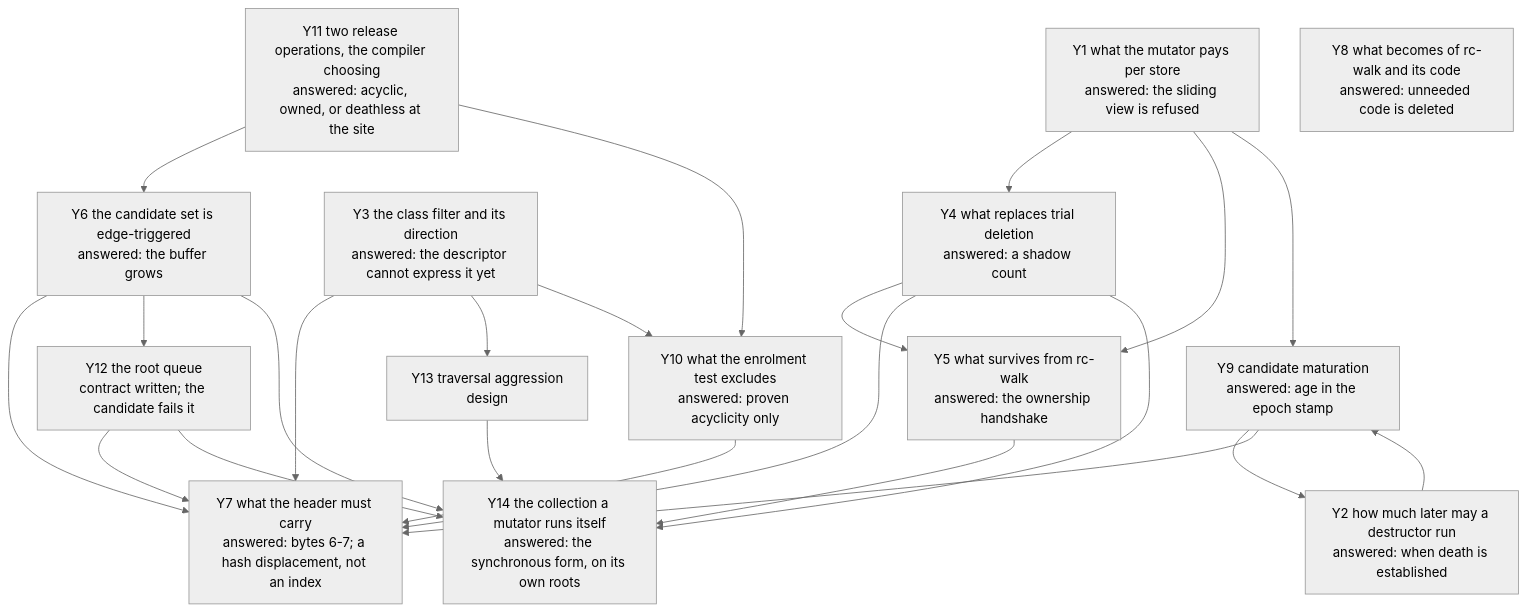
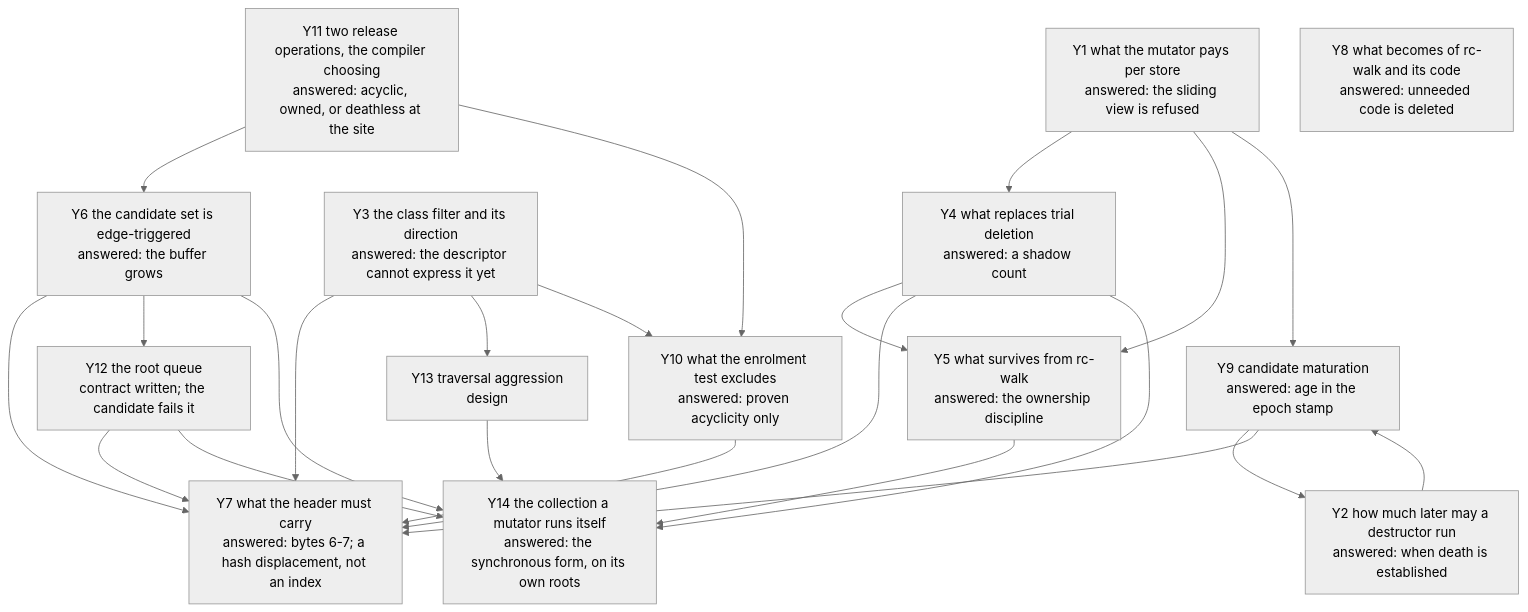
The diagram in model/gc/cycle/questions.md (limelight-lang/rfc), drawn with Mermaid (neutral theme) before and after one commit. The commit also changed other lines of this file and 4 other files, not shown here.

````diff
--- a/model/gc/cycle/questions.md
+++ b/model/gc/cycle/questions.md
@@ -15,21 +15,21 @@
 ```mermaid
 flowchart TD
     Y1[Y1 what the mutator pays per store<br/>answered: the sliding view is refused] --> Y4 & Y5 & Y9
     Y2[Y2 how much later may a destructor run<br/>answered: when death is established] --> Y9
     Y3[Y3 the class filter and its direction<br/>answered: the descriptor cannot express it yet] --> Y7 & Y13
     Y4[Y4 what replaces trial deletion<br/>answered: a shadow count] --> Y5 & Y7
     Y9[Y9 candidate maturation<br/>answered: age in the epoch stamp] --> Y2 & Y7
     Y10[Y10 what the enrolment test excludes<br/>answered: proven acyclicity only] --> Y7
     Y11[Y11 two release operations, the compiler choosing<br/>answered: acyclic, owned, or deathless at the site] --> Y6 & Y10
     Y3 --> Y10
-    Y5[Y5 what survives from rc-walk<br/>answered: the ownership handshake]
+    Y5[Y5 what survives from rc-walk<br/>answered: the ownership discipline]
     Y6[Y6 the candidate set is edge-triggered<br/>answered: the buffer grows] --> Y7 & Y12
     Y7[Y7 what the header must carry<br/>answered: bytes 6-7; a hash displacement, not an index]
     Y8[Y8 what becomes of rc-walk and its code<br/>answered: unneeded code is deleted]
     Y12[Y12 the root queue<br/>contract written; the candidate fails it] --> Y7 & Y14
     Y13[Y13 traversal aggression<br/>design] --> Y14
     Y4 --> Y14
     Y5 --> Y14
     Y6 --> Y14
     Y14[Y14 the collection a mutator runs itself<br/>answered: the synchronous form, on its own roots]
 ```
````
